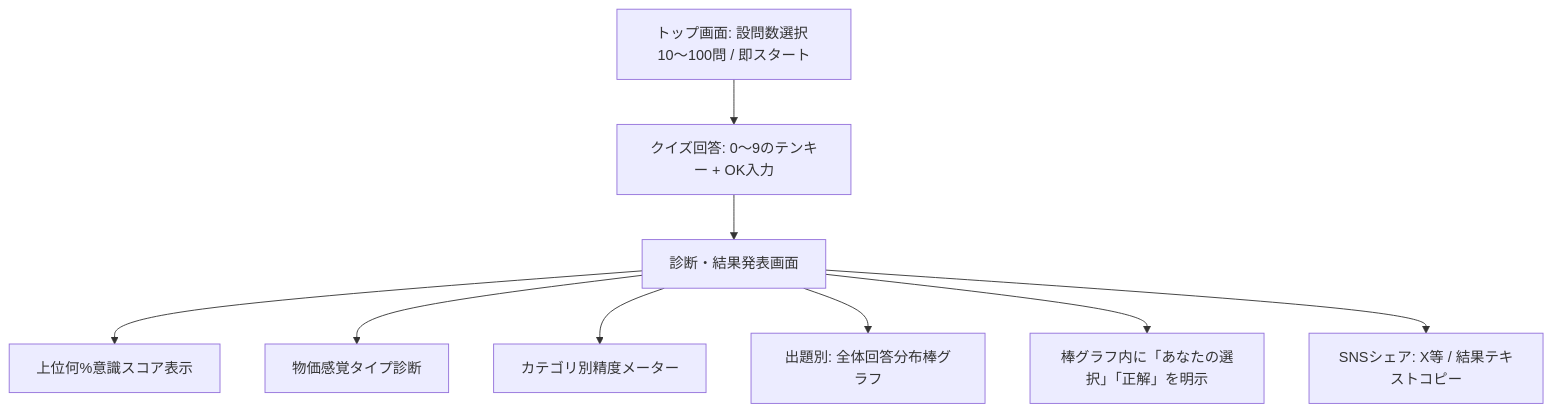
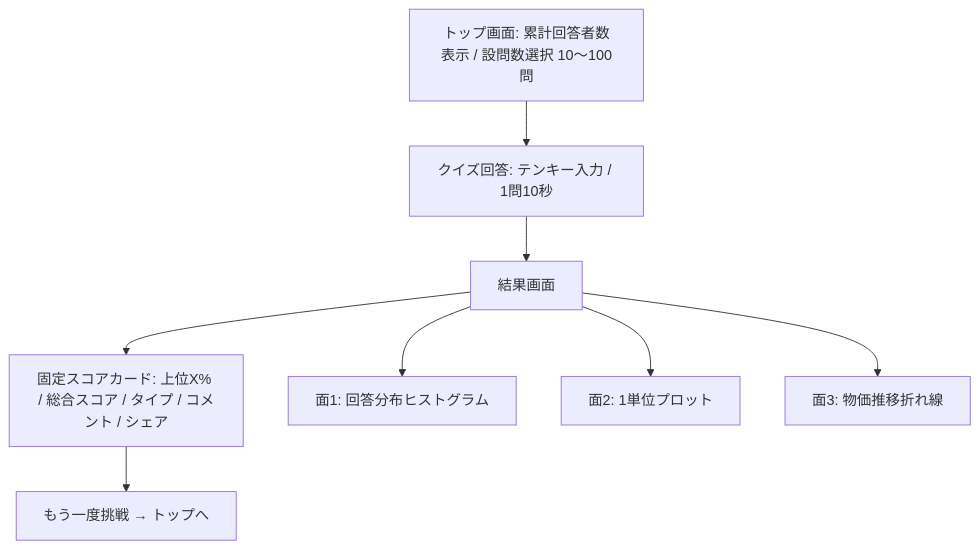
Before and after one commit to miiiwa1121/bukka_now: the diagram in docs/requirements/overview.md, drawn with Mermaid. The commit also changed other lines of this file and 24 other files, not shown here.

````diff
--- a/docs/requirements/overview.md
+++ b/docs/requirements/overview.md
@@ -20,11 +32,10 @@
 ```mermaid
 graph TD
-    A[トップ画面: 設問数選択 10〜100問 / 即スタート] --> B[クイズ回答: 0〜9のテンキー + OK入力]
-    B --> C[診断・結果発表画面]
-    C --> D[上位何%意識スコア表示]
-    C --> E[物価感覚タイプ診断]
-    C --> F[カテゴリ別精度メーター]
-    C --> G[出題別: 全体回答分布棒グラフ]
-    C --> H[棒グラフ内に「あなたの選択」「正解」を明示]
-    C --> I[SNSシェア: X等 / 結果テキストコピー]
+    A[トップ画面: 累計回答者数表示 / 設問数選択 10〜100問] --> B[クイズ回答: テンキー入力 / 1問10秒]
+    B --> C[結果画面]
+    C --> D[固定スコアカード: 上位X% / 総合スコア / タイプ / コメント / シェア]
+    C --> E[面1: 回答分布ヒストグラム]
+    C --> F[面2: 1単位プロット]
+    C --> G[面3: 物価推移折れ線]
+    D --> H[もう一度挑戦 → トップへ]
 ```
````
